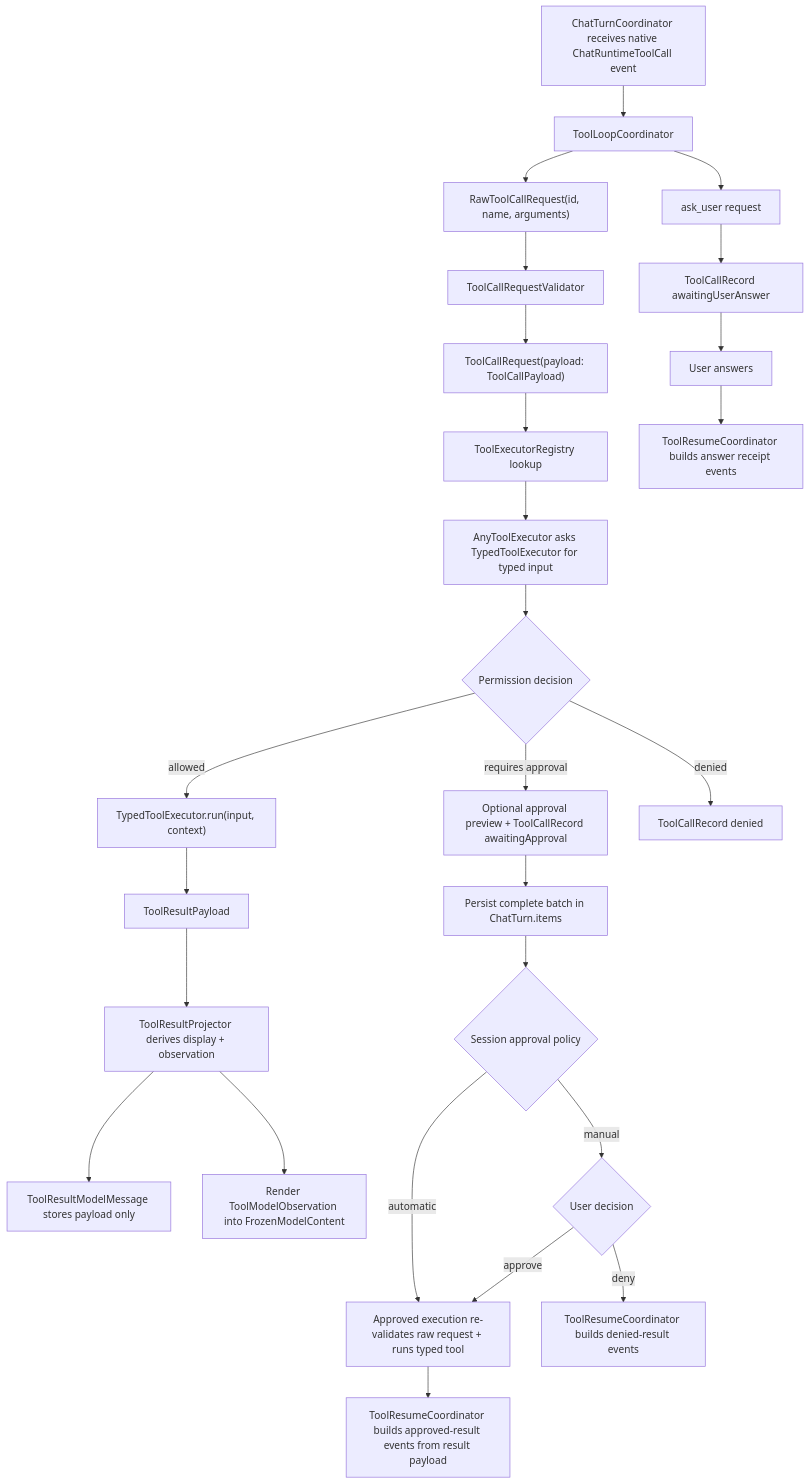
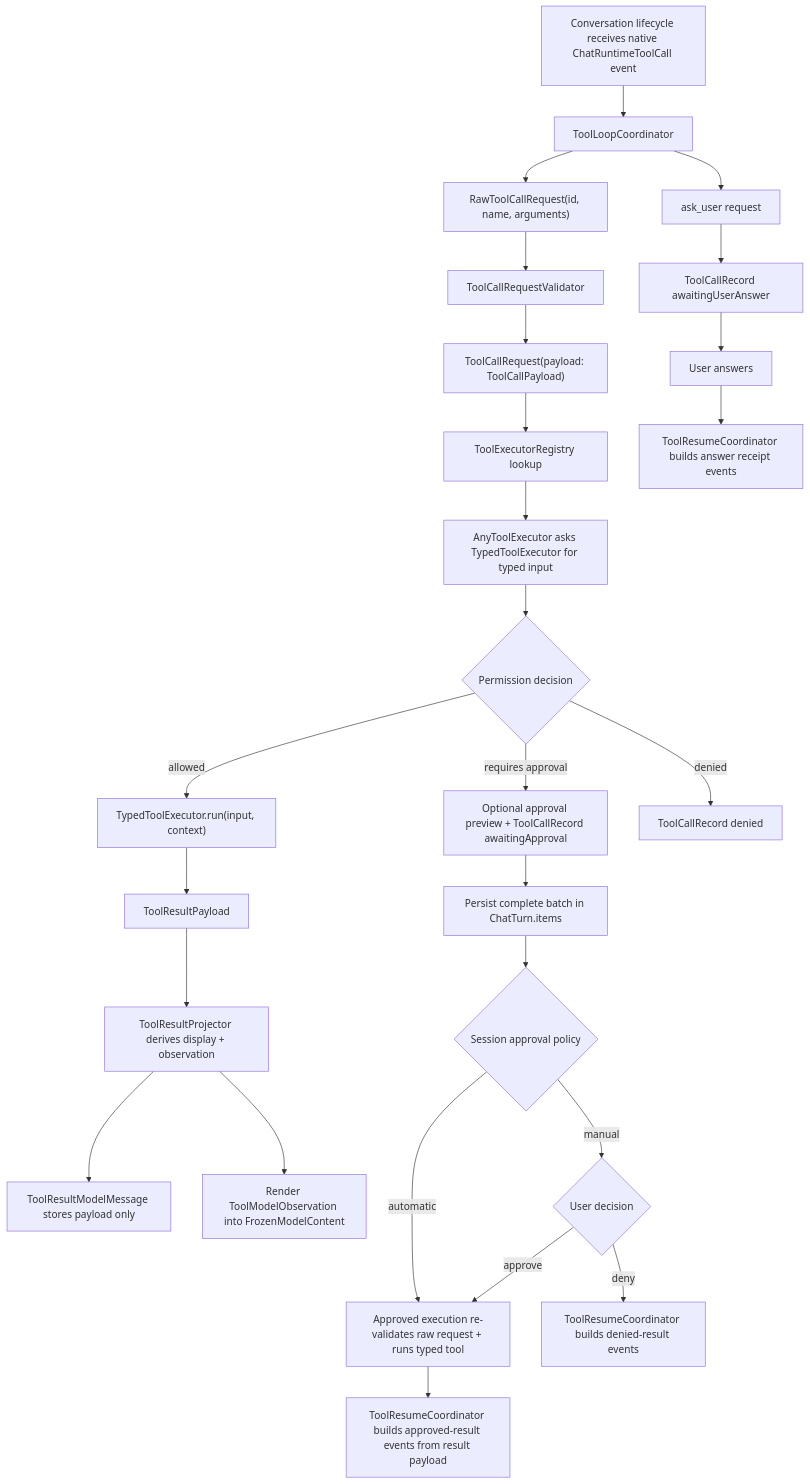
The diagram in docs/tool-runtime.md (ngutech21/sumika-chat), drawn with Mermaid before and after one commit. The commit also changed other lines of this file and 243 other files, not shown here.

````diff
--- a/docs/tool-runtime.md
+++ b/docs/tool-runtime.md
@@ -10,28 +10,28 @@
 ```mermaid
 flowchart TD
-  A["ChatTurnCoordinator receives native ChatRuntimeToolCall event"] --> B["ToolLoopCoordinator"]
+  A["Conversation lifecycle receives native ChatRuntimeToolCall event"] --> B["ToolLoopCoordinator"]
   B --> C["RawToolCallRequest(id, name, arguments)"]
   C --> D["ToolCallRequestValidator"]
   D --> E["ToolCallRequest(payload: ToolCallPayload)"]
   E --> F["ToolExecutorRegistry lookup"]
   F --> G["AnyToolExecutor asks TypedToolExecutor for typed input"]
   G --> H{"Permission decision"}
   H -- "allowed" --> I["TypedToolExecutor.run(input, context)"]
   H -- "requires approval" --> J["Optional approval preview + ToolCallRecord awaitingApproval"]
   H -- "denied" --> K["ToolCallRecord denied"]
   I --> L["ToolResultPayload"]
   L --> O["ToolResultProjector derives display + observation"]
   O --> P["ToolResultModelMessage stores payload only"]
   O --> Q["Render ToolModelObservation into FrozenModelContent"]
   J --> Y["Persist complete batch in ChatTurn.items"]
   Y --> M{"Session approval policy"}
   M -- "automatic" --> N["Approved execution re-validates raw request + runs typed tool"]
   M -- "manual" --> X{"User decision"}
   X -- "approve" --> N
   N --> R["ToolResumeCoordinator builds approved-result events from result payload"]
   X -- "deny" --> S["ToolResumeCoordinator builds denied-result events"]
   B --> T["ask_user request"]
   T --> U["ToolCallRecord awaitingUserAnswer"]
   U --> V["User answers"]
   V --> W["ToolResumeCoordinator builds answer receipt events"]
 ```
````
